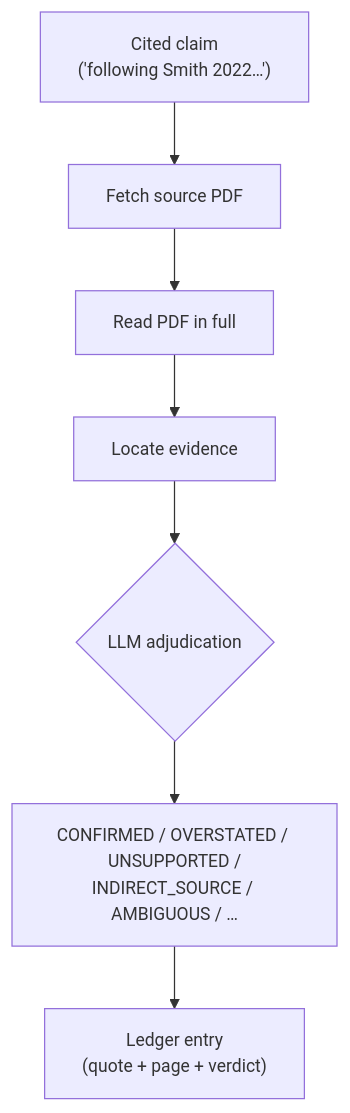
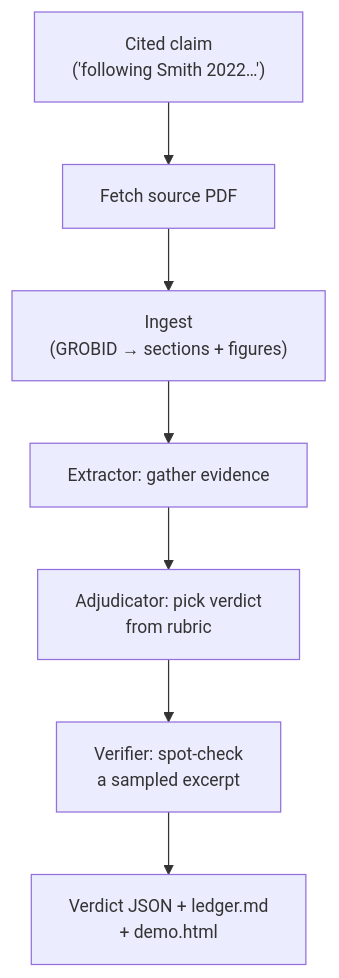
One commit to philadamson93/paper-trail changed the diagram in README.md. Above: the diagram before and after it, drawn with Mermaid. The commit also changed other lines of this file and 306 other files, not shown here.

````diff
--- a/README.md
+++ b/README.md
@@ -19,10 +19,10 @@
 ```mermaid
 flowchart TD
     A["Cited claim<br/>('following Smith 2022…')"] --> B["Fetch source PDF"]
-    B --> C["Read PDF in full"]
-    C --> D["Locate evidence"]
-    D --> E{LLM adjudication}
-    E --> F["CONFIRMED / OVERSTATED / UNSUPPORTED /<br/>INDIRECT_SOURCE / AMBIGUOUS / …"]
-    F --> G["Ledger entry<br/>(quote + page + verdict)"]
+    B --> C["Ingest<br/>(GROBID → sections + figures)"]
+    C --> D["Extractor: gather evidence"]
+    D --> E["Adjudicator: pick verdict<br/>from rubric"]
+    E --> F["Verifier: spot-check<br/>a sampled excerpt"]
+    F --> G["Verdict JSON + ledger.md<br/>+ demo.html"]
     classDef default font-size:14px;
 ```
````
